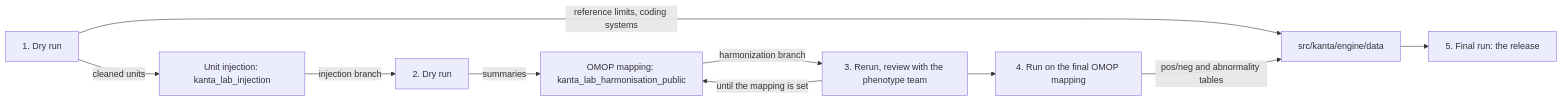
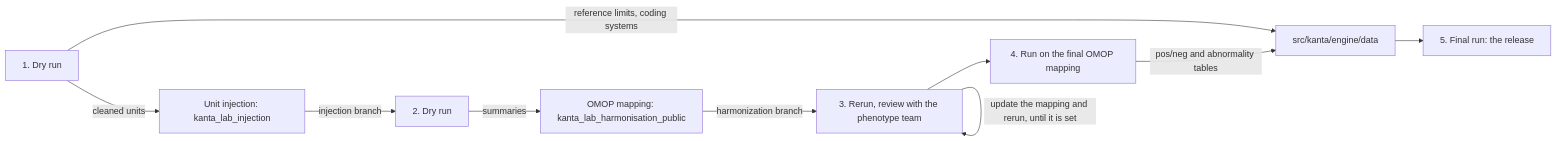
The second of 2 diagrams in README.md (FINNGEN/kanta_lab_preprocessing), drawn with Mermaid before and after one commit.

Commit message:
improved readme

````diff
--- a/README.md
+++ b/README.md
@@ -269,12 +269,12 @@
 ```mermaid
 flowchart LR
   run1["1. Dry run"] -->|cleaned units| inj["Unit injection: kanta_lab_injection"]
   run1 -->|reference limits, coding systems| data["src/kanta/engine/data"]
   inj -->|injection branch| run2["2. Dry run"]
   run2 -->|summaries| omop["OMOP mapping: kanta_lab_harmonisation_public"]
   omop -->|harmonization branch| run3["3. Rerun, review with the phenotype team"]
-  run3 -->|until the mapping is set| omop
+  run3 -->|update the mapping and rerun, until it is set| run3
   run3 --> run4["4. Run on the final OMOP mapping"]
   run4 -->|pos/neg and abnormality tables| data
   data --> run5["5. Final run: the release"]
 ```
````
